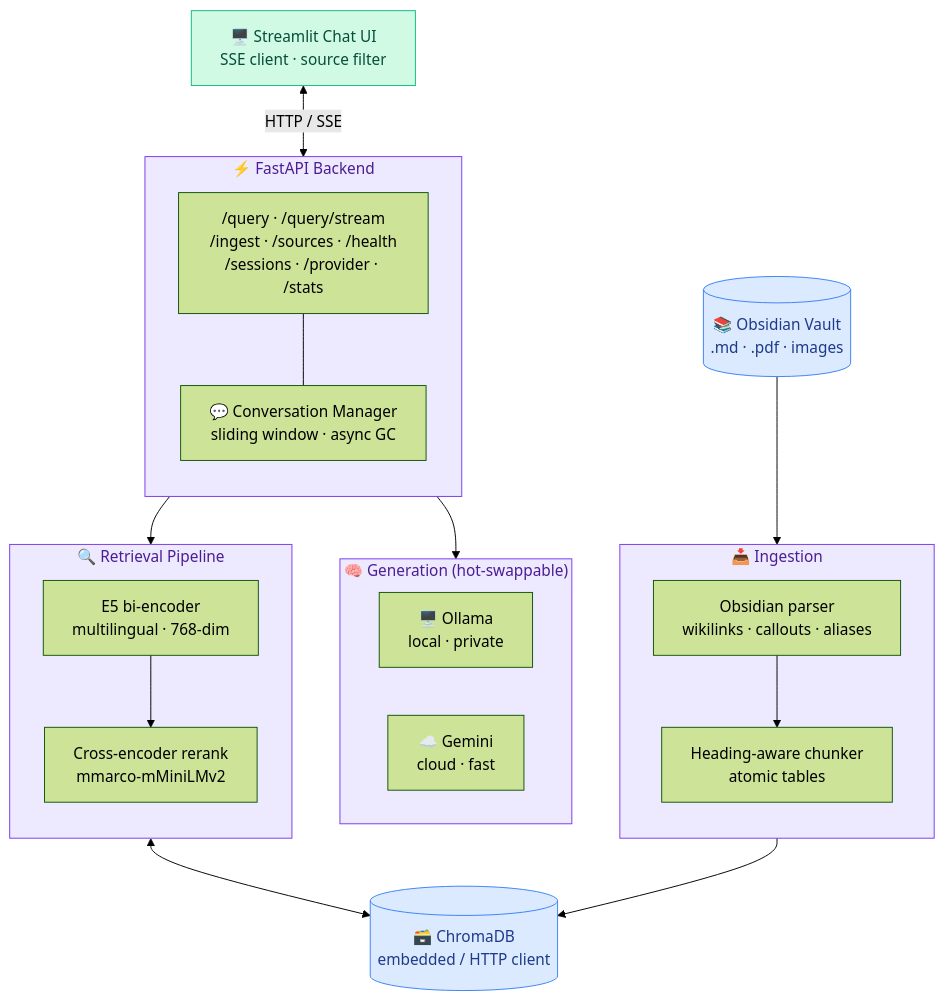
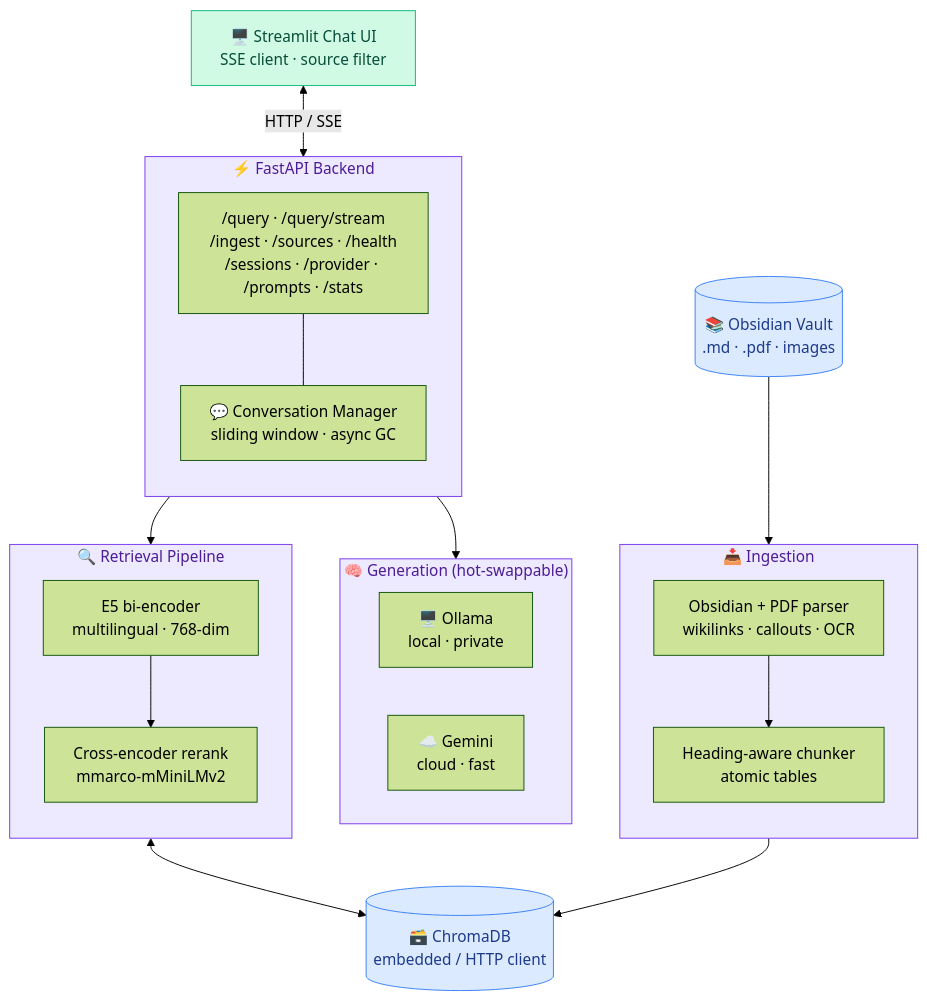
Before and after one commit to FabianHentrich/lorekeeper: the diagram in README.md, drawn with Mermaid (forest theme). The commit also changed other lines of this file and 27 other files, not shown here.

Commit message:
Add prompt management features with active prompts and variant support Add extended pdf parsing Add performance optimization Add bm25 index implementations fpr hybrid search

````diff
--- a/README.md
+++ b/README.md
@@ -101,48 +107,48 @@
 ```mermaid
 flowchart TB
     UI["🖥️ Streamlit Chat UI<br/>SSE client · source filter"]
 
     subgraph API["⚡ FastAPI Backend"]
         direction TB
-        ROUTES["/query · /query/stream<br/>/ingest · /sources · /health<br/>/sessions · /provider · /stats"]
+        ROUTES["/query · /query/stream<br/>/ingest · /sources · /health<br/>/sessions · /provider · /prompts · /stats"]
         CONV["💬 Conversation Manager<br/>sliding window · async GC"]
         ROUTES --- CONV
     end
 
     subgraph RAG["🔍 Retrieval Pipeline"]
         direction TB
         EMBED["E5 bi-encoder<br/>multilingual · 768-dim"]
         RERANK["Cross-encoder rerank<br/>mmarco-mMiniLMv2"]
         EMBED --> RERANK
     end
 
     subgraph GEN["🧠 Generation (hot-swappable)"]
         direction LR
         OLLAMA["🖥️ Ollama<br/>local · private"]
         GEMINI["☁️ Gemini<br/>cloud · fast"]
     end
 
     subgraph INGEST["📥 Ingestion"]
         direction TB
-        PARSE["Obsidian parser<br/>wikilinks · callouts · aliases"]
+        PARSE["Obsidian + PDF parser<br/>wikilinks · callouts · OCR"]
         CHUNK["Heading-aware chunker<br/>atomic tables"]
         PARSE --> CHUNK
     end
 
     VAULT[("📚 Obsidian Vault<br/>.md · .pdf · images")]
     CHROMA[("🗃️ ChromaDB<br/>embedded / HTTP client")]
 
     UI <-->|HTTP / SSE| API
     API --> RAG
     API --> GEN
     RAG <--> CHROMA
     VAULT --> INGEST
     INGEST --> CHROMA
 
     classDef store fill:#dbeafe,stroke:#3b82f6,color:#1e3a8a
     classDef svc fill:#ede9fe,stroke:#7c3aed,color:#4c1d95
     classDef ui fill:#d1fae5,stroke:#10b981,color:#064e3b
     class CHROMA,VAULT store
     class API,RAG,GEN,INGEST svc
     class UI ui
 ```
````
